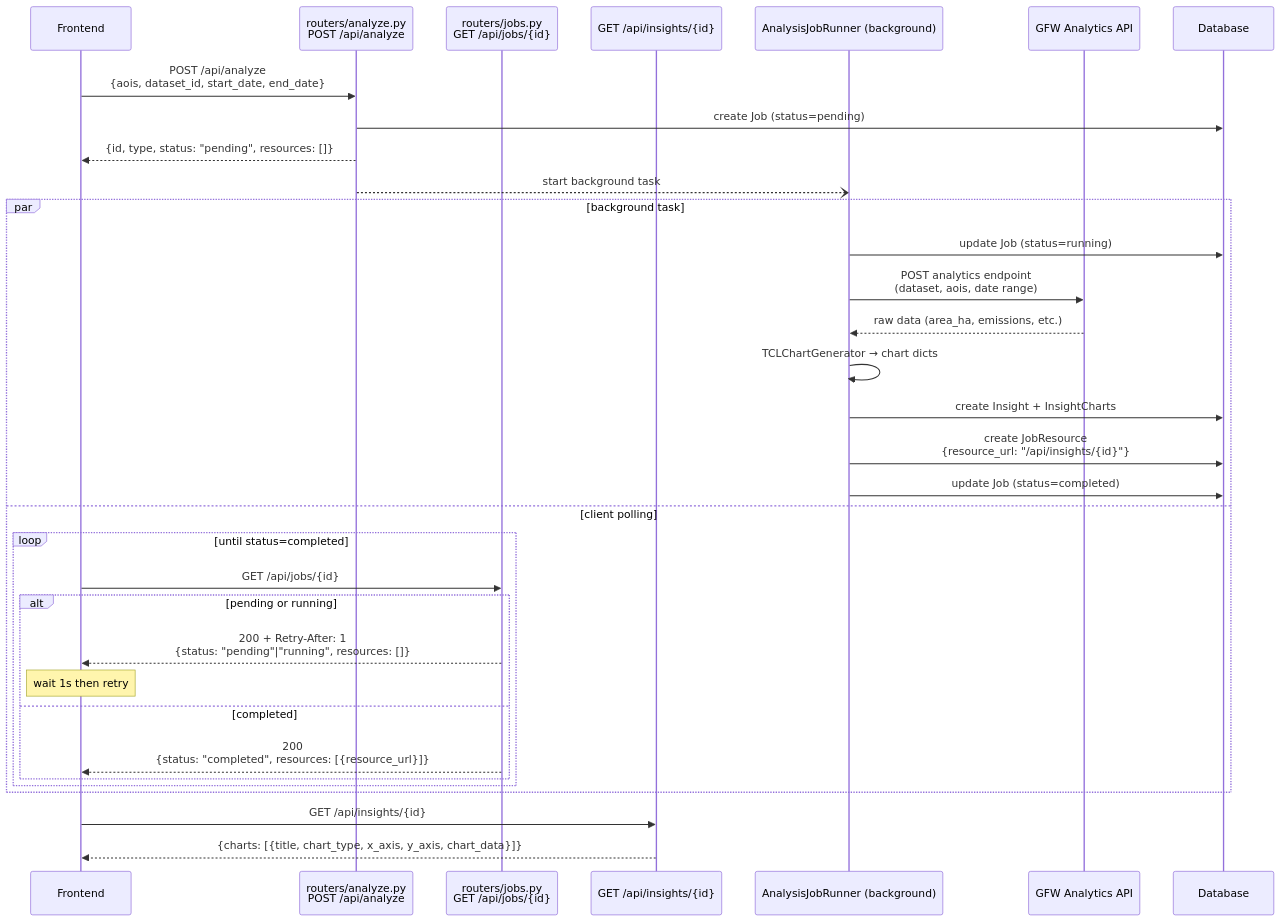
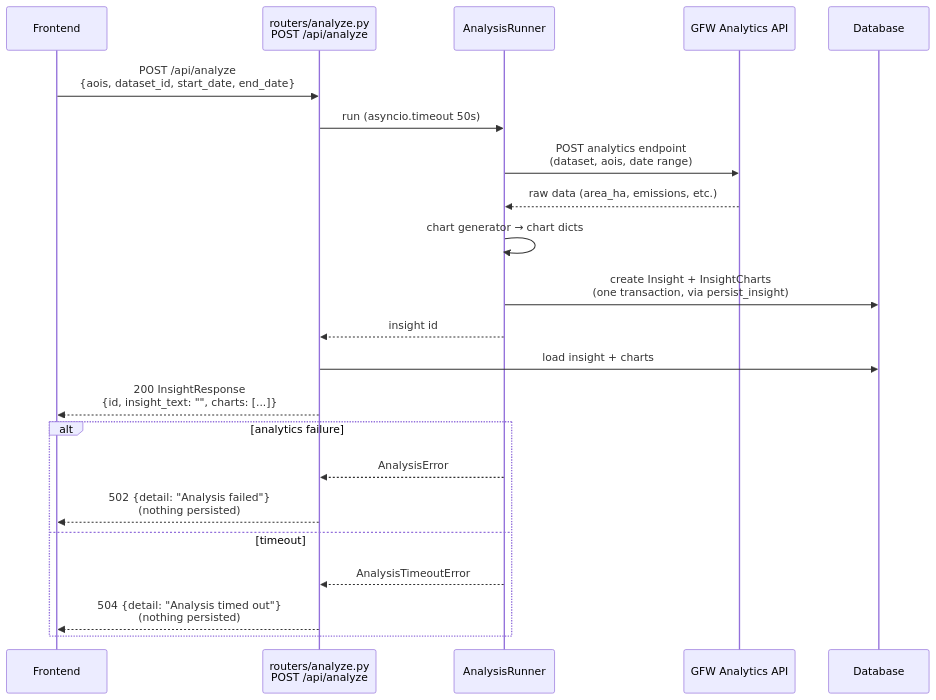
Before and after one commit to wri/project-zeno: the diagram in src/api/docs/analyze_flow.md, drawn with Mermaid. The commit also changed other lines of this file and 18 other files, not shown here.

First line of the commit message:
refactor: drop the Job/JobResource layer; /api/analyze returns the insight

````diff
--- a/src/api/docs/analyze_flow.md
+++ b/src/api/docs/analyze_flow.md
@@ -9,38 +12,26 @@
 ```mermaid
 sequenceDiagram
     participant FE as Frontend
     participant Analyze as routers/analyze.py<br/>POST /api/analyze
-    participant Jobs as routers/jobs.py<br/>GET /api/jobs/{id}
-    participant Insights as GET /api/insights/{id}
-    participant BG as AnalysisJobRunner (background)
+    participant Runner as AnalysisRunner
     participant Analytics as GFW Analytics API
     participant DB as Database
 
     FE->>Analyze: POST /api/analyze<br/>{aois, dataset_id, start_date, end_date}
-    Analyze->>DB: create Job (status=pending)
-    Analyze-->>FE: {id, type, status: "pending", resources: []}
-    Analyze--)BG: start background task
+    Analyze->>Runner: run (asyncio.timeout 50s)
+    Runner->>Analytics: POST analytics endpoint<br/>(dataset, aois, date range)
+    Analytics-->>Runner: raw data (area_ha, emissions, etc.)
+    Runner->>Runner: chart generator → chart dicts
+    Runner->>DB: create Insight + InsightCharts<br/>(one transaction, via persist_insight)
+    Runner-->>Analyze: insight id
+    Analyze->>DB: load insight + charts
+    Analyze-->>FE: 200 InsightResponse<br/>{id, insight_text: "", charts: [...]}
 
-    par background task
-        BG->>DB: update Job (status=running)
-        BG->>Analytics: POST analytics endpoint<br/>(dataset, aois, date range)
-        Analytics-->>BG: raw data (area_ha, emissions, etc.)
-        BG->>BG: TCLChartGenerator → chart dicts
-        BG->>DB: create Insight + InsightCharts
-        BG->>DB: create JobResource<br/>{resource_url: "/api/insights/{id}"}
-        BG->>DB: update Job (status=completed)
-    and client polling
-        loop until status=completed
-            FE->>Jobs: GET /api/jobs/{id}
-            alt pending or running
-                Jobs-->>FE: 200 + Retry-After: 1<br/>{status: "pending"|"running", resources: []}
-                Note over FE: wait 1s then retry
-            else completed
-                Jobs-->>FE: 200<br/>{status: "completed", resources: [{resource_url}]}
-            end
-        end
+    alt analytics failure
+        Runner-->>Analyze: AnalysisError
+        Analyze-->>FE: 502 {detail: "Analysis failed"}<br/>(nothing persisted)
+    else timeout
+        Runner-->>Analyze: AnalysisTimeoutError
+        Analyze-->>FE: 504 {detail: "Analysis timed out"}<br/>(nothing persisted)
     end
-
-    FE->>Insights: GET /api/insights/{id}
-    Insights-->>FE: {charts: [{title, chart_type, x_axis, y_axis, chart_data}]}
 ```
````
